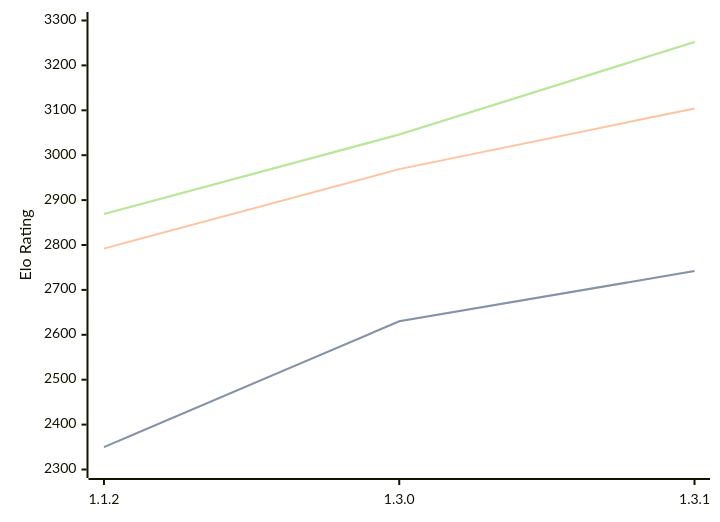
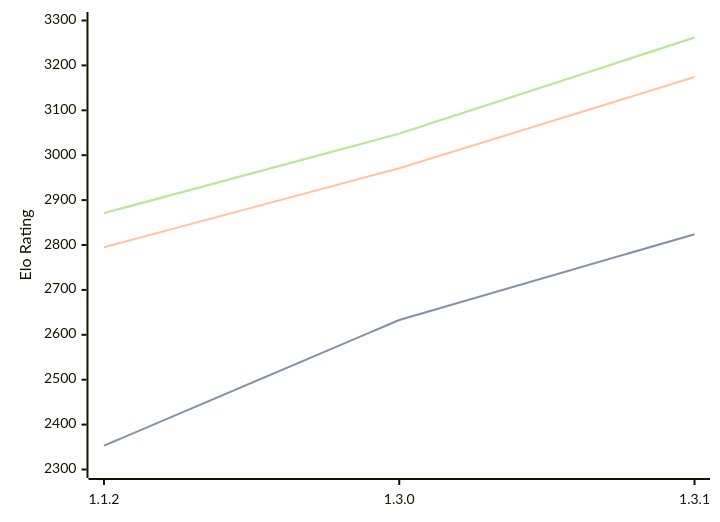
One commit to computer-chess-index/cci changed the diagram in engines/Ember.md. Above: the diagram before and after it, drawn with Mermaid. The commit also changed other lines of this file, not shown here.

Commit message:
Update CCI Ratings (ELO VLTC) - 2026-09-24

````diff
--- a/engines/Ember.md
+++ b/engines/Ember.md
@@ -42,11 +42,11 @@
 ```mermaid
 %%{init: {"theme":"base","themeVariables":{"seriesColors:['#a3a3a3','#222221','#faa371']}}}%%
 xychart-beta
   x-axis ["1.1.2", "1.3.0", "1.3.1"]
   y-axis "Elo Rating" 2300 --> 3300
-  line "" [2350, 2630, 2742]
-  line "STC (8.0+0.08s)" [2350, 2630, 2742]
-  line "LTC (60.0+0.60s)" [2792, 2969, 3104]
-  line "" [2869, 3046, 3252]
-  line "VLTC (2m24s+1.12s)" [2869, 3046, 3252]
+  line "" [2353, 2633, 2824]
+  line "STC (8.0+0.08s)" [2353, 2633, 2824]
+  line "LTC (60.0+0.60s)" [2795, 2971, 3174]
+  line "" [2871, 3048, 3262]
+  line "VLTC (2m24s+1.12s)" [2871, 3048, 3262]
 ```
````
